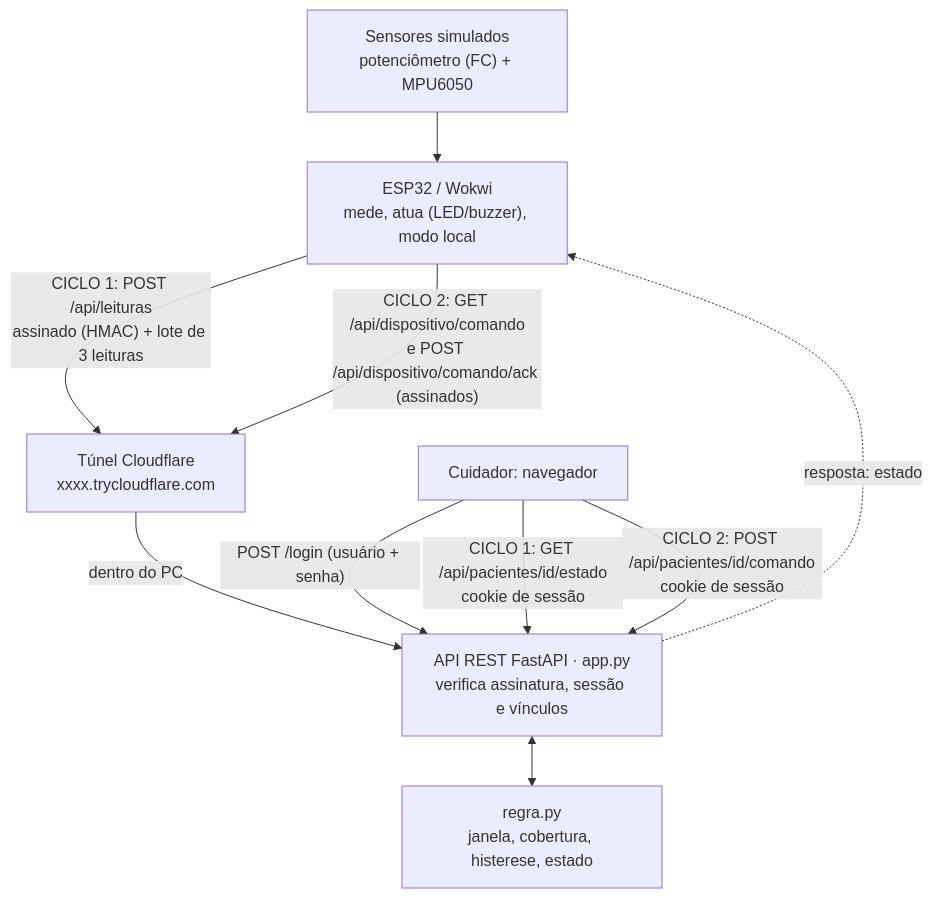
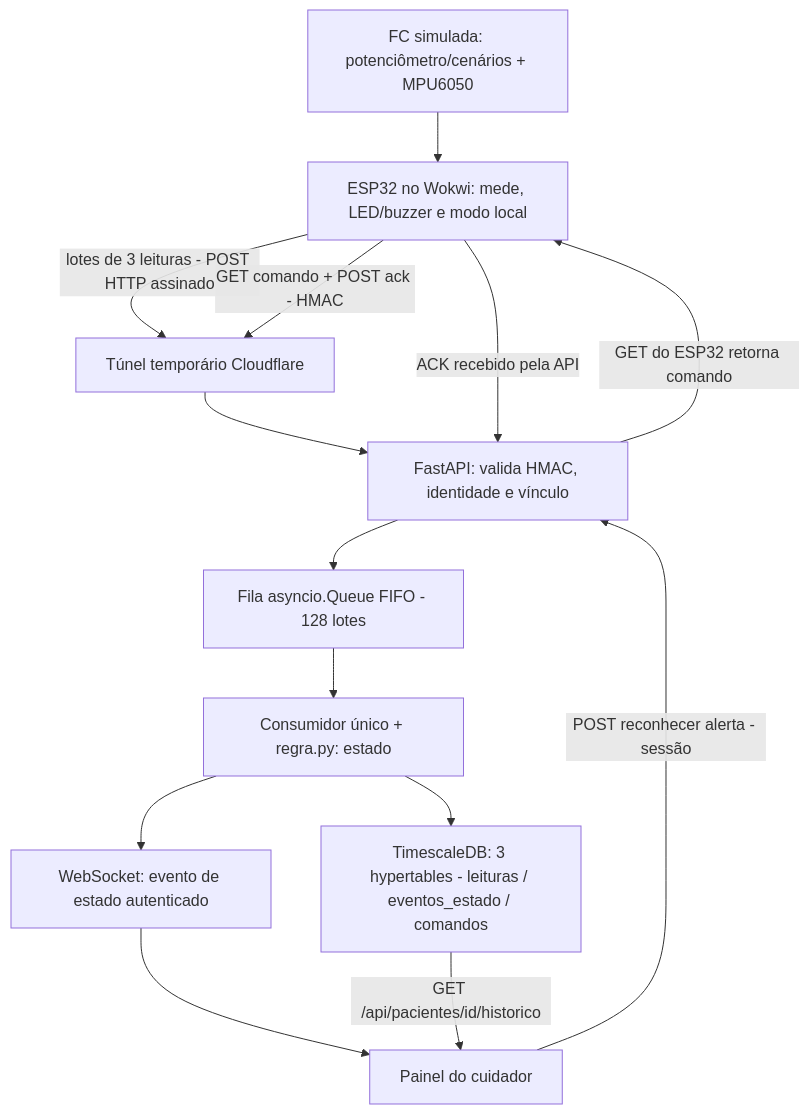
One commit to UFG-INF-SSU-2026/Internet-dos-Coisos changed the diagram in marco3/docs/arquitetura.mmd. Above: the diagram before and after it, drawn with Mermaid. The commit also changed 30 other files, not shown here.

Commit message:
Marco 3: WebSocket, FIFO, TimescaleDB, simulacao, graficos e documentacao

```diff
--- a/marco3/docs/arquitetura.mmd
+++ b/marco3/docs/arquitetura.mmd
@@ -1,10 +1,14 @@
 flowchart TD
-    S["Sensores simulados<br/>potenciômetro (FC) + MPU6050"] --> E["ESP32 / Wokwi<br/>mede, atua (LED/buzzer), modo local"]
-    E -->|"CICLO 1: POST /api/leituras<br/>assinado (HMAC) + lote de 3 leituras"| T["Túnel Cloudflare<br/>xxxx.trycloudflare.com"]
-    E -->|"CICLO 2: GET /api/dispositivo/comando<br/>e POST /api/dispositivo/comando/ack (assinados)"| T
-    T -->|"dentro do PC"| API["API REST FastAPI · app.py<br/>verifica assinatura, sessão e vínculos"]
-    API <--> R["regra.py<br/>janela, cobertura, histerese, estado"]
-    API -.->|"resposta: estado"| E
-    C["Cuidador: navegador"] -->|"POST /login (usuário + senha)"| API
-    C -->|"CICLO 1: GET /api/pacientes/id/estado<br/>cookie de sessão"| API
-    C -->|"CICLO 2: POST /api/pacientes/id/comando<br/>cookie de sessão"| API
+    S["FC simulada: potenciômetro/cenários + MPU6050"] --> ESP["ESP32 no Wokwi: mede, LED/buzzer e modo local"]
+    ESP -->|"lotes de 3 leituras - POST HTTP assinado"| T["Túnel temporário Cloudflare"]
+    ESP -->|"GET comando + POST ack - HMAC"| T
+    T --> API["FastAPI: valida HMAC, identidade e vínculo"]
+    API --> Q["Fila asyncio.Queue FIFO - 128 lotes"]
+    Q --> W["Consumidor único + regra.py: estado"]
+    W --> DB["TimescaleDB: 3 hypertables - leituras / eventos_estado / comandos"]
+    W --> WS["WebSocket: evento de estado autenticado"]
+    WS --> UI["Painel do cuidador"]
+    DB -->|"GET /api/pacientes/id/historico"| UI
+    UI -->|"POST reconhecer alerta - sessão"| API
+    API -->|"GET do ESP32 retorna comando"| ESP
+    ESP -->|"ACK recebido pela API"| API
```
